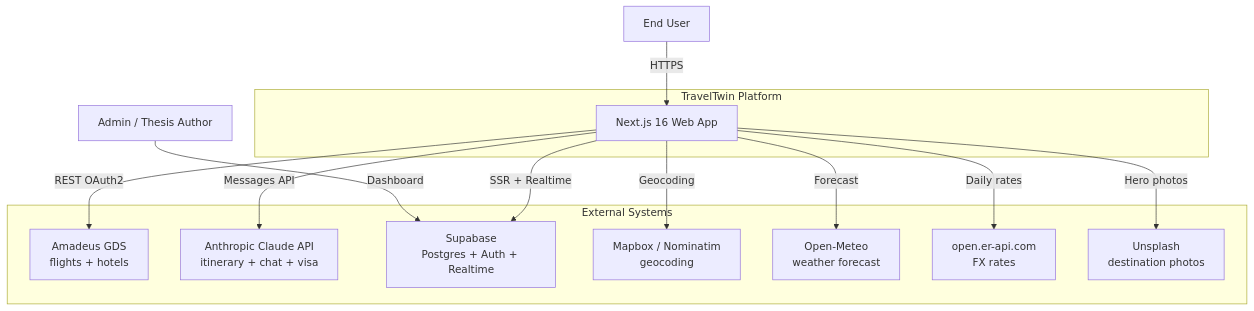
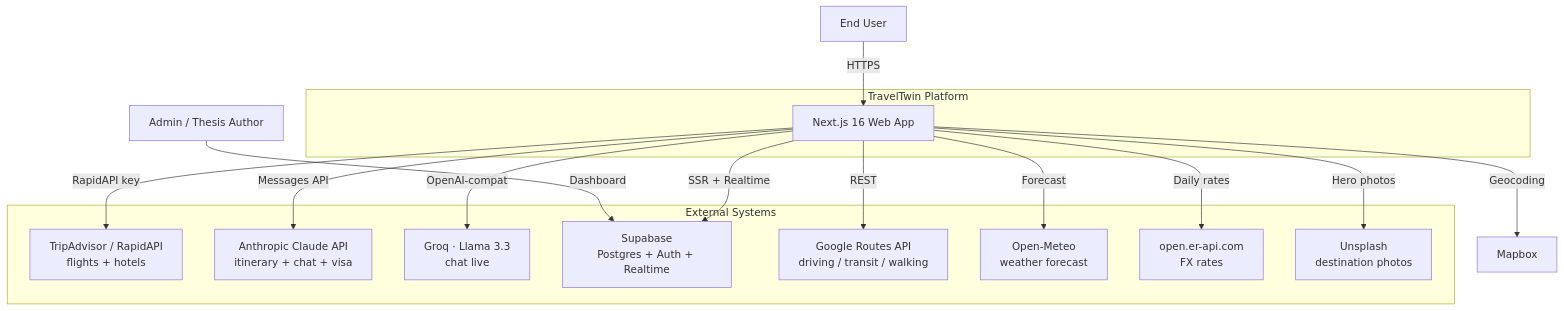
Before and after one commit to robertalc1/TravelTwin: the first of 7 diagrams in docs/architecture.md, drawn with Mermaid. The commit also changed other lines of this file and 2 other files, not shown here.

First line of the commit message:
docs: scrub remaining Amadeus refs from thesis docs and architecture diagrams

````diff
--- a/docs/architecture.md
+++ b/docs/architecture.md
@@ -7,29 +7,32 @@
 ```mermaid
 graph TB
     User[End User]
     Admin[Admin / Thesis Author]
 
     subgraph TT["TravelTwin Platform"]
         Web[Next.js 16 Web App]
     end
 
     subgraph EXT["External Systems"]
-        Amadeus[Amadeus GDS<br/>flights + hotels]
+        TripAdvisor[TripAdvisor / RapidAPI<br/>flights + hotels]
         Claude[Anthropic Claude API<br/>itinerary + chat + visa]
+        Groq[Groq · Llama 3.3<br/>chat live]
         Supabase[Supabase<br/>Postgres + Auth + Realtime]
-        Mapbox[Mapbox / Nominatim<br/>geocoding]
+        GoogleRoutes[Google Routes API<br/>driving / transit / walking]
         OpenMeteo[Open-Meteo<br/>weather forecast]
         ERAPI[open.er-api.com<br/>FX rates]
         Unsplash[Unsplash<br/>destination photos]
     end
 
     User -->|HTTPS| Web
     Admin -->|Dashboard| Supabase
-    Web -->|REST OAuth2| Amadeus
+    Web -->|RapidAPI key| TripAdvisor
     Web -->|Messages API| Claude
+    Web -->|OpenAI-compat| Groq
+    Web -->|REST| GoogleRoutes
     Web -->|SSR + Realtime| Supabase
     Web -->|Geocoding| Mapbox
     Web -->|Forecast| OpenMeteo
     Web -->|Daily rates| ERAPI
     Web -->|Hero photos| Unsplash
 ```
````
